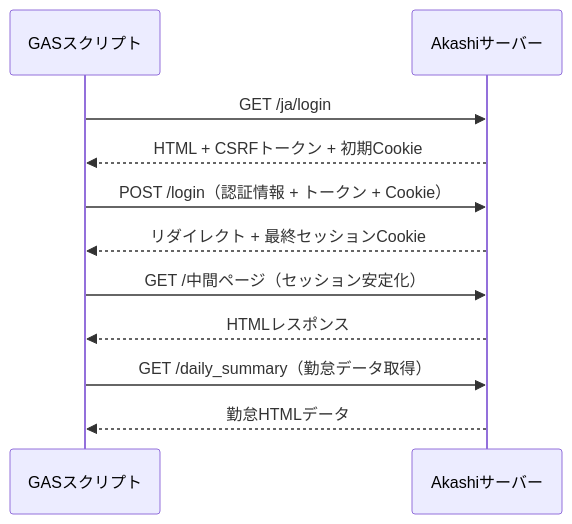
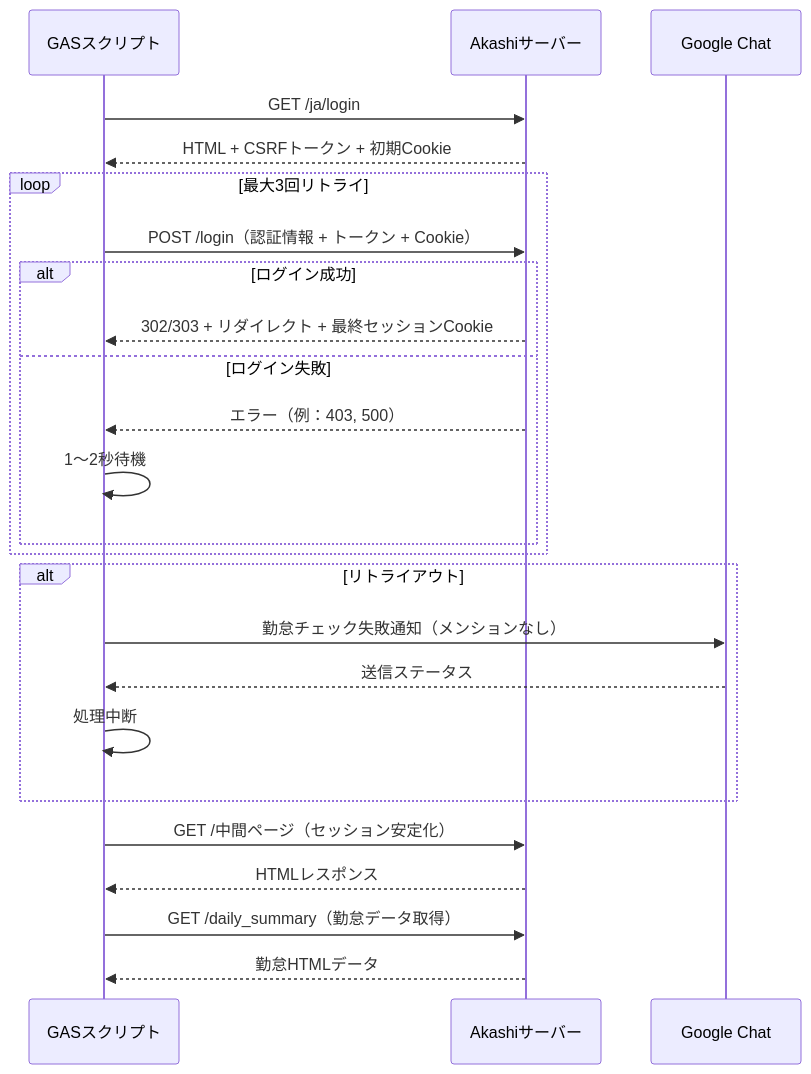
The first of 2 diagrams in docs/Akashi打刻チェック_基本設計書.md (takeshiyoshida76-cell/takeshiyoshida76), drawn with Mermaid before and after one commit. The commit also changed other lines of this file, not shown here.

````diff
--- a/docs/Akashi打刻チェック_基本設計書.md
+++ b/docs/Akashi打刻チェック_基本設計書.md
@@ -37,17 +39,31 @@
 ```mermaid
 sequenceDiagram
     participant GAS as GASスクリプト
     participant Akashi as Akashiサーバー
+    participant Chat as Google Chat
 
     GAS->>Akashi: GET /ja/login
     Akashi-->>GAS: HTML + CSRFトークン + 初期Cookie
 
-    GAS->>Akashi: POST /login（認証情報 + トークン + Cookie）
-    Akashi-->>GAS: リダイレクト + 最終セッションCookie
+    loop 最大3回リトライ
+        GAS->>Akashi: POST /login（認証情報 + トークン + Cookie）
+        alt ログイン成功
+            Akashi-->>GAS: 302/303 + リダイレクト + 最終セッションCookie
+        else ログイン失敗
+            Akashi-->>GAS: エラー（例：403, 500）
+            GAS->>GAS: 1～2秒待機
+        end
+    end
+
+    alt リトライアウト
+        GAS->>Chat: 勤怠チェック失敗通知（メンションなし）
+        Chat-->>GAS: 送信ステータス
+        GAS->>GAS: 処理中断
+    end
 
     GAS->>Akashi: GET /中間ページ（セッション安定化）
     Akashi-->>GAS: HTMLレスポンス
 
     GAS->>Akashi: GET /daily_summary（勤怠データ取得）
     Akashi-->>GAS: 勤怠HTMLデータ
 ```
````
